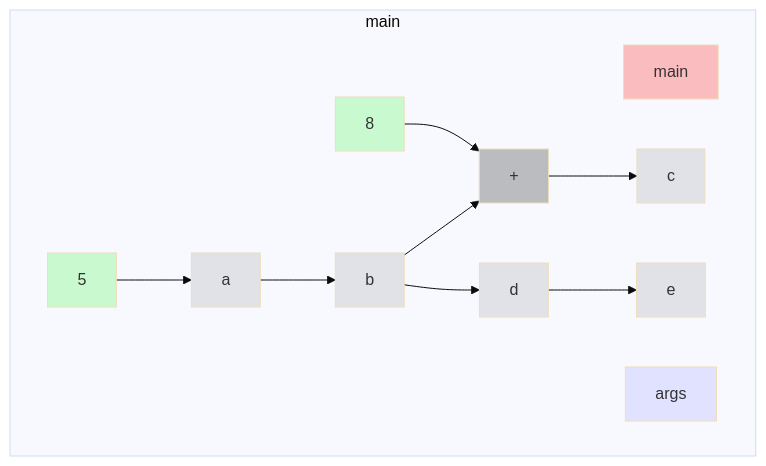
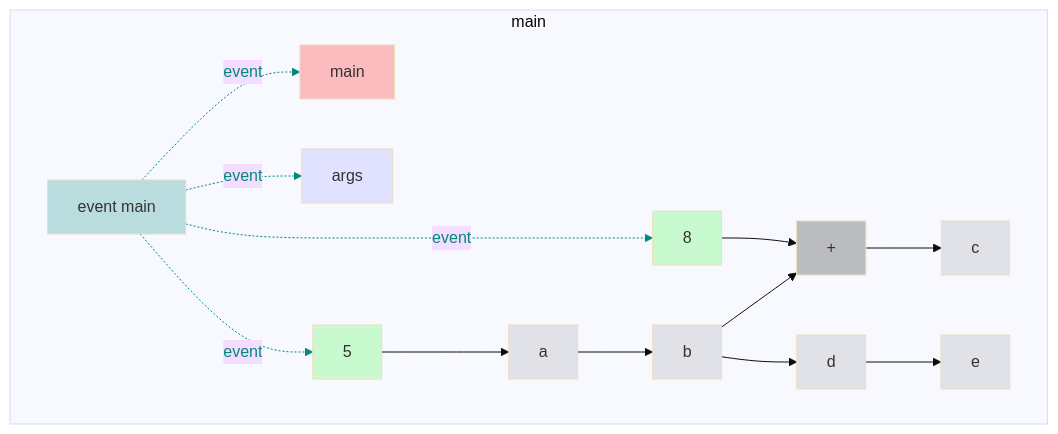
Before and after one commit to gstiebler/codeflow: the diagram in app/src/test/resources/base/snapshot.md, drawn with Mermaid (base theme). The commit also changed 77 other files, not shown here.

````diff
--- a/app/src/test/resources/base/snapshot.md
+++ b/app/src/test/resources/base/snapshot.md
@@ -1,29 +1,39 @@
 ```mermaid
 flowchart TD
   subgraph b0["main"]
-    n1[main]:::RETURN
-    n2[args]:::FUNC_PARAM
-    n3[5]:::LITERAL
-    n4[a]:::VARIABLE
-    n5[b]:::VARIABLE
-    n6[8]:::LITERAL
-    n7[+]:::BIN_OP
-    n8[c]:::VARIABLE
-    n9[d]:::VARIABLE
-    n10[e]:::VARIABLE
-    n3[5]:::LITERAL --> n4[a]:::VARIABLE
-    n4[a]:::VARIABLE --> n5[b]:::VARIABLE
-    n5[b]:::VARIABLE --> n7[+]:::BIN_OP
-    n5[b]:::VARIABLE --> n9[d]:::VARIABLE
-    n6[8]:::LITERAL --> n7[+]:::BIN_OP
-    n7[+]:::BIN_OP --> n8[c]:::VARIABLE
-    n9[d]:::VARIABLE --> n10[e]:::VARIABLE
+    n1[event main]:::EVENT
+    n2[main]:::RETURN
+    n3[args]:::FUNC_PARAM
+    n4[5]:::LITERAL
+    n5[a]:::VARIABLE
+    n6[b]:::VARIABLE
+    n7[8]:::LITERAL
+    n8[+]:::BIN_OP
+    n9[c]:::VARIABLE
+    n10[d]:::VARIABLE
+    n11[e]:::VARIABLE
+    n1[event main]:::EVENT -. event .-> n2[main]:::RETURN
+    n1[event main]:::EVENT -. event .-> n3[args]:::FUNC_PARAM
+    n1[event main]:::EVENT -. event .-> n4[5]:::LITERAL
+    n1[event main]:::EVENT -. event .-> n7[8]:::LITERAL
+    n4[5]:::LITERAL --> n5[a]:::VARIABLE
+    n5[a]:::VARIABLE --> n6[b]:::VARIABLE
+    n6[b]:::VARIABLE --> n8[+]:::BIN_OP
+    n6[b]:::VARIABLE --> n10[d]:::VARIABLE
+    n7[8]:::LITERAL --> n8[+]:::BIN_OP
+    n8[+]:::BIN_OP --> n9[c]:::VARIABLE
+    n10[d]:::VARIABLE --> n11[e]:::VARIABLE
   end
+  linkStyle 0 stroke:#00897b,color:#00897b
+  linkStyle 1 stroke:#00897b,color:#00897b
+  linkStyle 2 stroke:#00897b,color:#00897b
+  linkStyle 3 stroke:#00897b,color:#00897b
   classDef LITERAL fill:#00FF0030
   classDef VARIABLE fill:#80808030
   classDef BIN_OP fill:#80808080
   classDef FUNC_PARAM fill:#8080FF30
   classDef RETURN fill:#FF808080
   classDef EXTERNAL fill:#FFA50040
   classDef UNMODELLED fill:#FF000030,stroke-dasharray: 4 2
+  classDef EVENT fill:#00897B40
 ```
````
